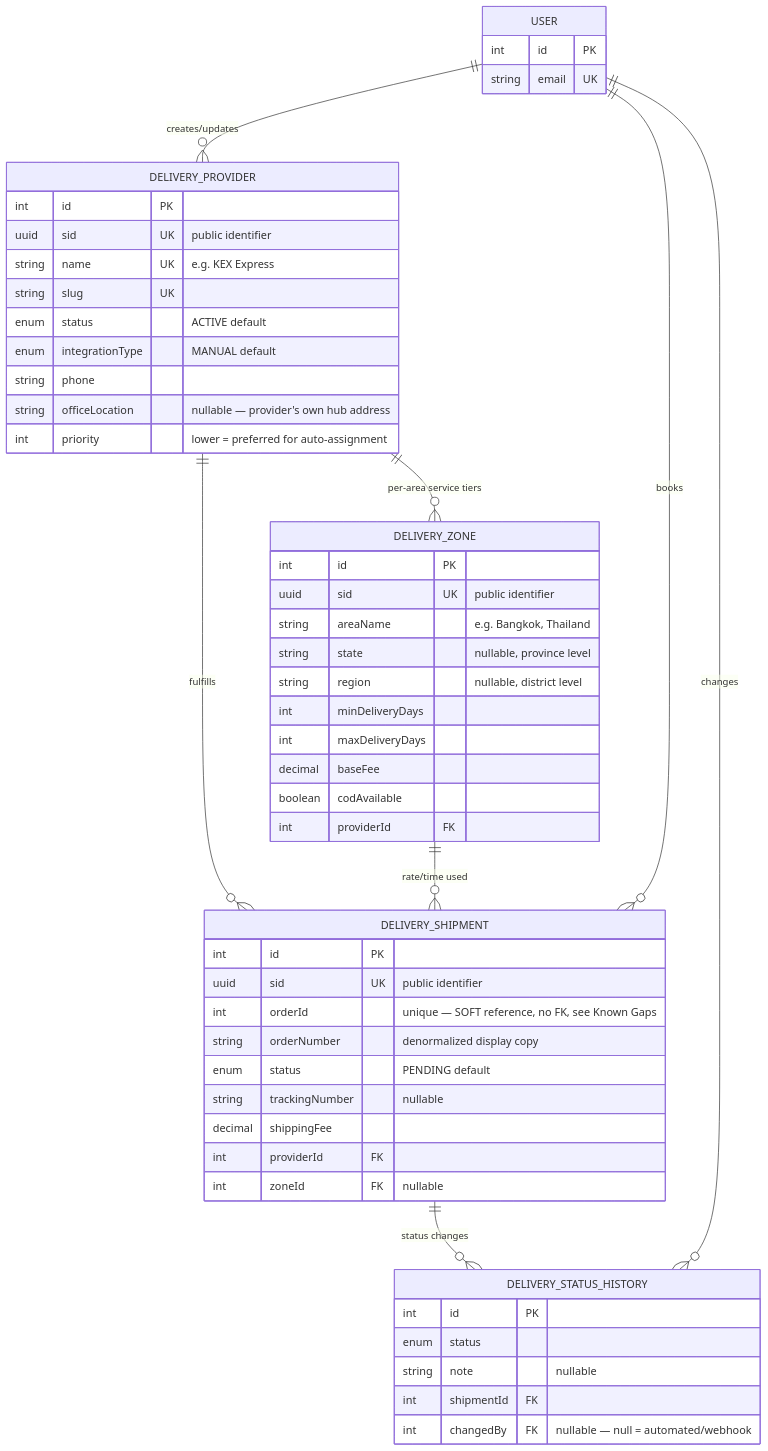
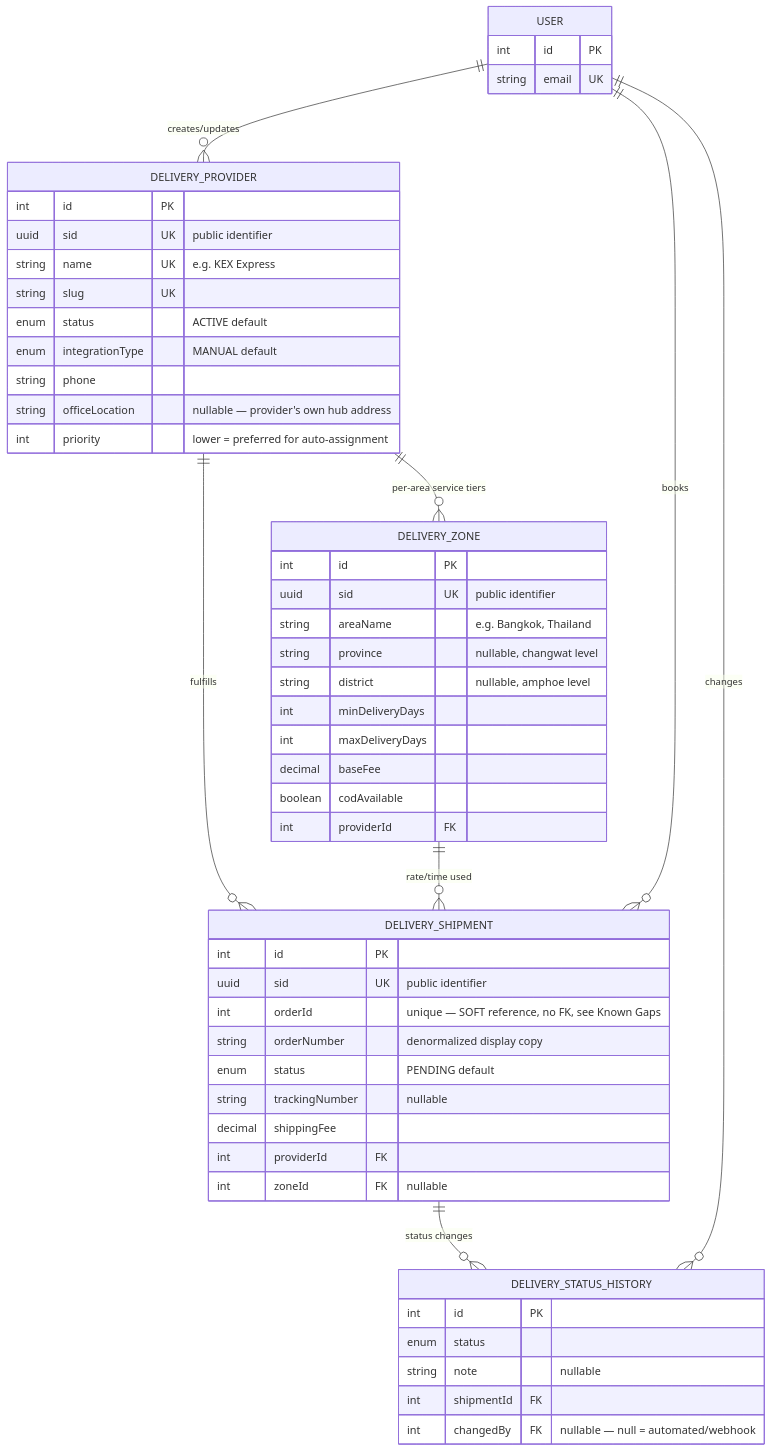
Before and after one commit to QuaziSamiha/thai-health-product-server: the diagram in docs/delivery.md, drawn with Mermaid. The commit also changed other lines of this file and 45 other files, not shown here.

````diff
--- a/docs/delivery.md
+++ b/docs/delivery.md
@@ -20,60 +20,60 @@
 ```mermaid
 erDiagram
     DELIVERY_PROVIDER ||--o{ DELIVERY_ZONE : "per-area service tiers"
     DELIVERY_PROVIDER ||--o{ DELIVERY_SHIPMENT : "fulfills"
     DELIVERY_ZONE ||--o{ DELIVERY_SHIPMENT : "rate/time used"
     DELIVERY_SHIPMENT ||--o{ DELIVERY_STATUS_HISTORY : "status changes"
     USER ||--o{ DELIVERY_PROVIDER : "creates/updates"
     USER ||--o{ DELIVERY_SHIPMENT : "books"
     USER ||--o{ DELIVERY_STATUS_HISTORY : "changes"
 
     DELIVERY_PROVIDER {
         int id PK
         uuid sid UK "public identifier"
         string name UK "e.g. KEX Express"
         string slug UK
         enum status "ACTIVE default"
         enum integrationType "MANUAL default"
         string phone
         string officeLocation "nullable — provider's own hub address"
         int priority "lower = preferred for auto-assignment"
     }
 
     DELIVERY_ZONE {
         int id PK
         uuid sid UK "public identifier"
         string areaName "e.g. Bangkok, Thailand"
-        string state "nullable, province level"
-        string region "nullable, district level"
+        string province "nullable, changwat level"
+        string district "nullable, amphoe level"
         int minDeliveryDays
         int maxDeliveryDays
         decimal baseFee
         boolean codAvailable
         int providerId FK
     }
 
     DELIVERY_SHIPMENT {
         int id PK
         uuid sid UK "public identifier"
         int orderId "unique — SOFT reference, no FK, see Known Gaps"
         string orderNumber "denormalized display copy"
         enum status "PENDING default"
         string trackingNumber "nullable"
         decimal shippingFee
         int providerId FK
         int zoneId FK "nullable"
     }
 
     DELIVERY_STATUS_HISTORY {
         int id PK
         enum status
         string note "nullable"
         int shipmentId FK
         int changedBy FK "nullable — null = automated/webhook"
     }
 
     USER {
         int id PK
         string email UK
     }
 ```
````
